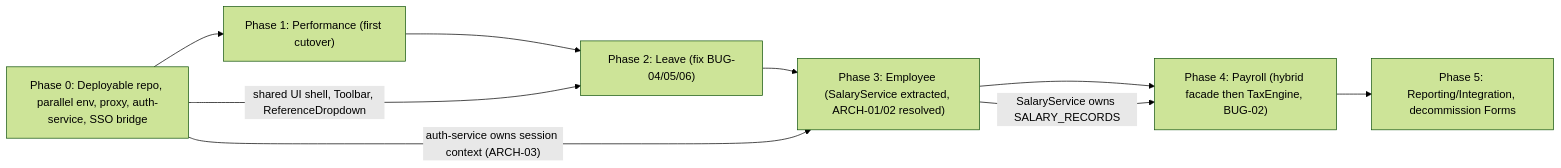
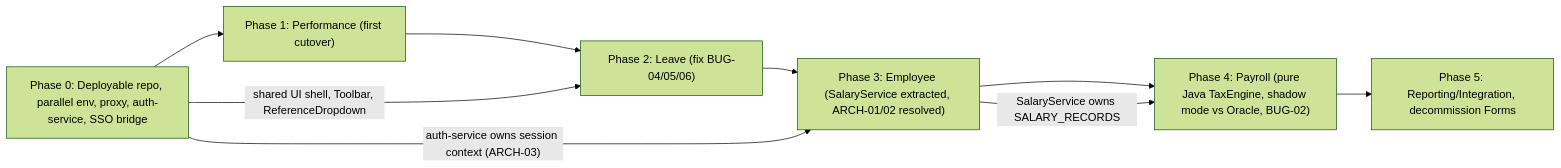
The second of 3 diagrams in CUTOVER_PLAN.md (codev-workshops/ts-plsql-oracle-forms-hrms), drawn with Mermaid (forest theme) before and after one commit. The commit also changed other lines of this file and 6 other files, not shown here.

First line of the commit message:
docs: PostgreSQL target, pure-Java rewrite, legacy PL/SQL as Oracle-only golden oracle

````diff
--- a/CUTOVER_PLAN.md
+++ b/CUTOVER_PLAN.md
@@ -65,18 +71,18 @@
 ```mermaid
 graph LR
   P0["Phase 0: Deployable repo, parallel env, proxy, auth-service, SSO bridge"]
   P1["Phase 1: Performance (first cutover)"]
   P2["Phase 2: Leave (fix BUG-04/05/06)"]
   P3["Phase 3: Employee (SalaryService extracted, ARCH-01/02 resolved)"]
-  P4["Phase 4: Payroll (hybrid facade then TaxEngine, BUG-02)"]
+  P4["Phase 4: Payroll (pure Java TaxEngine, shadow mode vs Oracle, BUG-02)"]
   P5["Phase 5: Reporting/Integration, decommission Forms"]
 
   P0 --> P1
   P1 --> P2
   P2 --> P3
   P3 --> P4
   P4 --> P5
   P0 -->|"shared UI shell, Toolbar, ReferenceDropdown"| P2
   P3 -->|"SalaryService owns SALARY_RECORDS"| P4
   P0 -->|"auth-service owns session context (ARCH-03)"| P3
 ```
````
